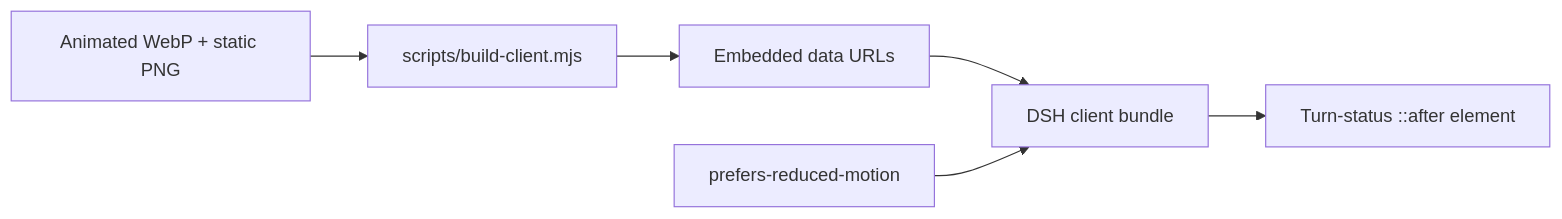
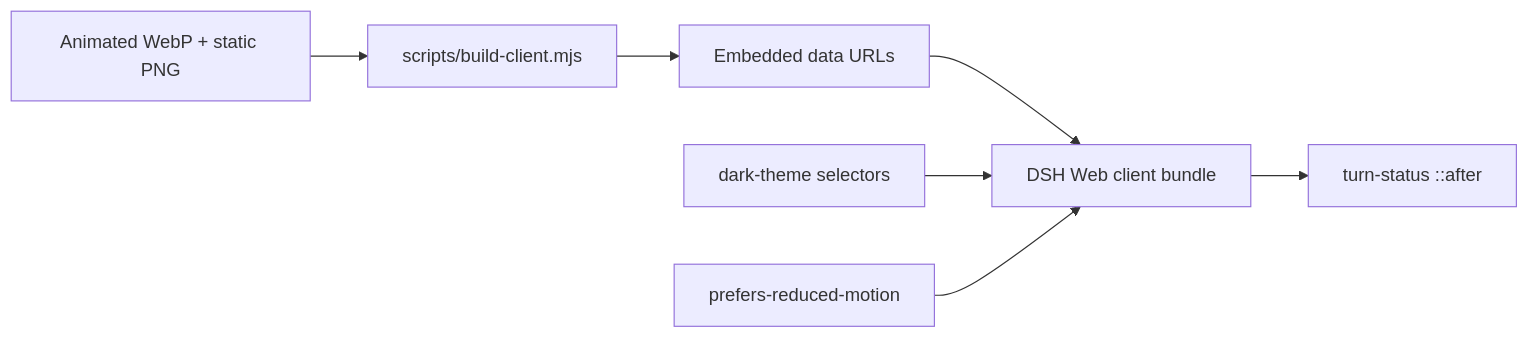
One commit to LeemanCheung/dsh-whale-animation changed the diagram in README.md. Above: the diagram before and after it, drawn with Mermaid. The commit also changed other lines of this file and 1 other file, not shown here.

````diff
--- a/README.md
+++ b/README.md
@@ -100,8 +102,9 @@
 ```mermaid
 flowchart LR
   A[Animated WebP + static PNG] --> B[scripts/build-client.mjs]
   B --> C[Embedded data URLs]
-  C --> D[DSH client bundle]
-  D --> E[Turn-status ::after element]
-  F[prefers-reduced-motion] --> D
+  C --> D[DSH Web client bundle]
+  D --> E[turn-status ::after]
+  F[dark-theme selectors] --> D
+  G[prefers-reduced-motion] --> D
 ```
````
